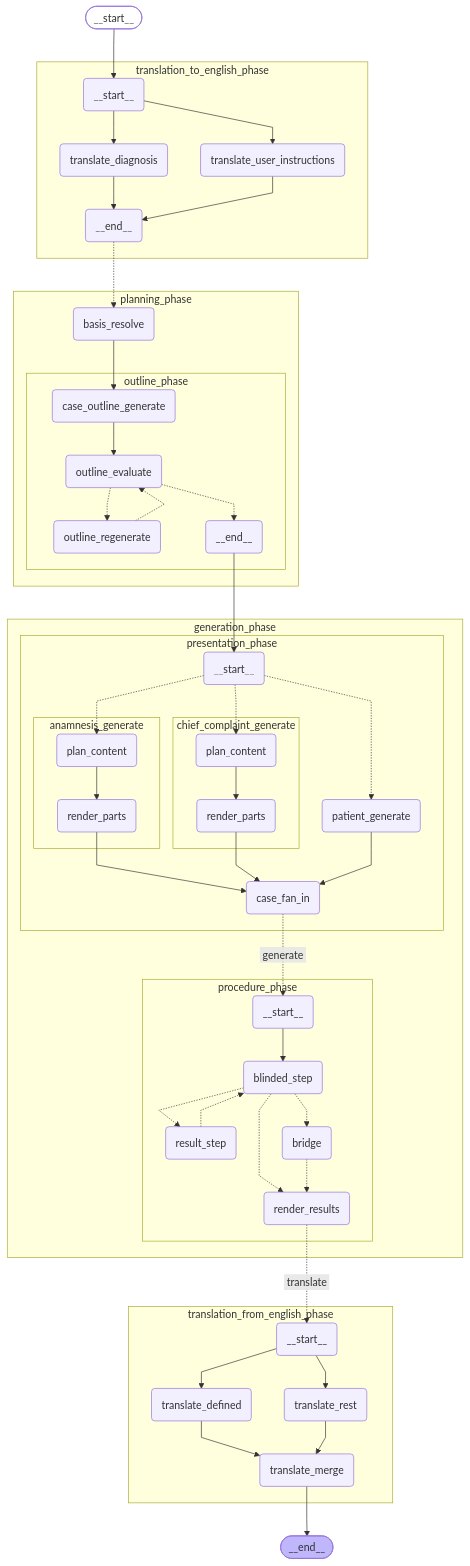
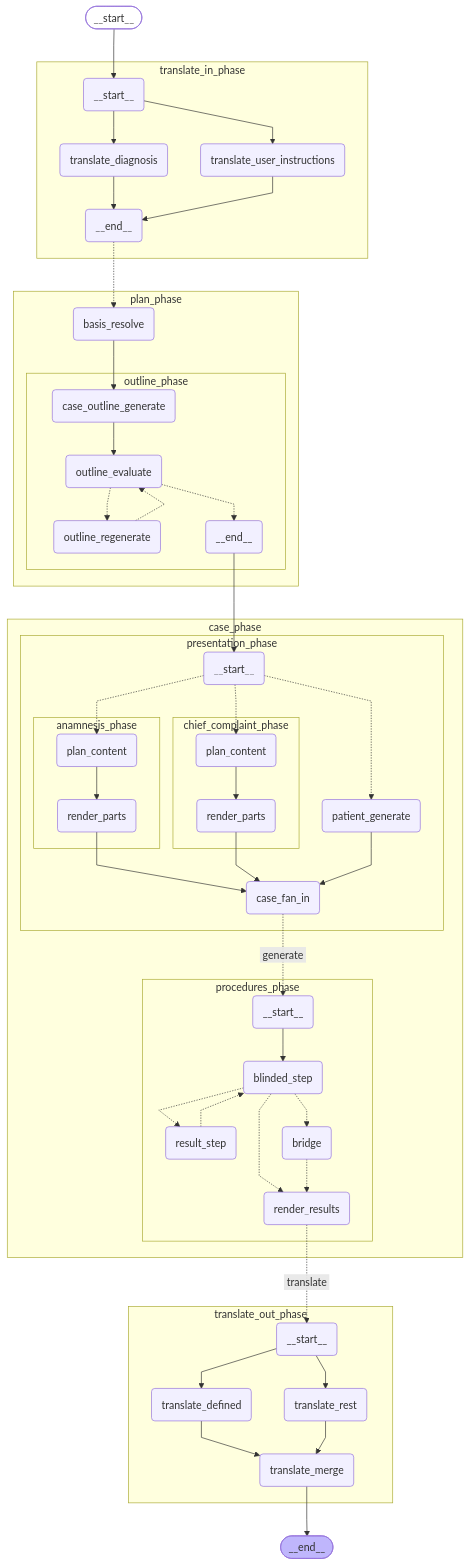
Before and after one commit to janthoXO/AetioMed: the diagram in docs/graphs/normal-mode.translation-sandwich.mmd, drawn with Mermaid. The commit also changed 34 other files, not shown here.

```diff
--- a/docs/graphs/normal-mode.translation-sandwich.mmd
+++ b/docs/graphs/normal-mode.translation-sandwich.mmd
@@ -1,83 +1,83 @@
 %%{init: {'flowchart': {'curve': 'linear'}}}%%
 graph TD;
 	__start__([<p>__start__</p>]):::first
-	translation_to_english_phase___start__(<p>__start__</p>)
-	translation_to_english_phase_translate_diagnosis(translate_diagnosis)
-	translation_to_english_phase_translate_user_instructions(translate_user_instructions)
-	translation_to_english_phase___end__(<p>__end__</p>)
-	planning_phase_basis_resolve(basis_resolve)
-	planning_phase_outline_phase_case_outline_generate(case_outline_generate)
-	planning_phase_outline_phase_outline_evaluate(outline_evaluate)
-	planning_phase_outline_phase_outline_regenerate(outline_regenerate)
-	planning_phase_outline_phase___end__(<p>__end__</p>)
-	generation_phase_presentation_phase___start__(<p>__start__</p>)
-	generation_phase_presentation_phase_patient_generate(patient_generate)
-	generation_phase_presentation_phase_chief_complaint_generate_plan_content(plan_content)
-	generation_phase_presentation_phase_chief_complaint_generate_render_parts(render_parts)
-	generation_phase_presentation_phase_anamnesis_generate_plan_content(plan_content)
-	generation_phase_presentation_phase_anamnesis_generate_render_parts(render_parts)
-	generation_phase_presentation_phase_case_fan_in(case_fan_in)
-	generation_phase_procedure_phase___start__(<p>__start__</p>)
-	generation_phase_procedure_phase_blinded_step(blinded_step)
-	generation_phase_procedure_phase_result_step(result_step)
-	generation_phase_procedure_phase_bridge(bridge)
-	generation_phase_procedure_phase_render_results(render_results)
-	translation_from_english_phase___start__(<p>__start__</p>)
-	translation_from_english_phase_translate_defined(translate_defined)
-	translation_from_english_phase_translate_rest(translate_rest)
-	translation_from_english_phase_translate_merge(translate_merge)
+	translate_in_phase___start__(<p>__start__</p>)
+	translate_in_phase_translate_diagnosis(translate_diagnosis)
+	translate_in_phase_translate_user_instructions(translate_user_instructions)
+	translate_in_phase___end__(<p>__end__</p>)
+	plan_phase_basis_resolve(basis_resolve)
+	plan_phase_outline_phase_case_outline_generate(case_outline_generate)
+	plan_phase_outline_phase_outline_evaluate(outline_evaluate)
+	plan_phase_outline_phase_outline_regenerate(outline_regenerate)
+	plan_phase_outline_phase___end__(<p>__end__</p>)
+	case_phase_presentation_phase___start__(<p>__start__</p>)
+	case_phase_presentation_phase_patient_generate(patient_generate)
+	case_phase_presentation_phase_chief_complaint_phase_plan_content(plan_content)
+	case_phase_presentation_phase_chief_complaint_phase_render_parts(render_parts)
+	case_phase_presentation_phase_anamnesis_phase_plan_content(plan_content)
+	case_phase_presentation_phase_anamnesis_phase_render_parts(render_parts)
+	case_phase_presentation_phase_case_fan_in(case_fan_in)
+	case_phase_procedures_phase___start__(<p>__start__</p>)
+	case_phase_procedures_phase_blinded_step(blinded_step)
+	case_phase_procedures_phase_result_step(result_step)
+	case_phase_procedures_phase_bridge(bridge)
+	case_phase_procedures_phase_render_results(render_results)
+	translate_out_phase___start__(<p>__start__</p>)
+	translate_out_phase_translate_defined(translate_defined)
+	translate_out_phase_translate_rest(translate_rest)
+	translate_out_phase_translate_merge(translate_merge)
 	__end__([<p>__end__</p>]):::last
-	translation_to_english_phase___end__ -.-> planning_phase_basis_resolve;
-	generation_phase_procedure_phase_render_results -. &nbsp;translate&nbsp; .-> translation_from_english_phase___start__;
-	__start__ --> translation_to_english_phase___start__;
-	translation_from_english_phase_translate_merge --> __end__;
-	planning_phase_outline_phase___end__ --> generation_phase_presentation_phase___start__;
-	subgraph translation_to_english_phase
-	translation_to_english_phase___start__ --> translation_to_english_phase_translate_diagnosis;
-	translation_to_english_phase___start__ --> translation_to_english_phase_translate_user_instructions;
-	translation_to_english_phase_translate_diagnosis --> translation_to_english_phase___end__;
-	translation_to_english_phase_translate_user_instructions --> translation_to_english_phase___end__;
+	translate_in_phase___end__ -.-> plan_phase_basis_resolve;
+	case_phase_procedures_phase_render_results -. &nbsp;translate&nbsp; .-> translate_out_phase___start__;
+	__start__ --> translate_in_phase___start__;
+	translate_out_phase_translate_merge --> __end__;
+	plan_phase_outline_phase___end__ --> case_phase_presentation_phase___start__;
+	subgraph translate_in_phase
+	translate_in_phase___start__ --> translate_in_phase_translate_diagnosis;
+	translate_in_phase___start__ --> translate_in_phase_translate_user_instructions;
+	translate_in_phase_translate_diagnosis --> translate_in_phase___end__;
+	translate_in_phase_translate_user_instructions --> translate_in_phase___end__;
 	end
-	subgraph planning_phase
+	subgraph plan_phase
 	subgraph outline_phase
-	planning_phase_outline_phase_case_outline_generate --> planning_phase_outline_phase_outline_evaluate;
-	planning_phase_outline_phase_outline_evaluate -.-> planning_phase_outline_phase_outline_regenerate;
-	planning_phase_outline_phase_outline_evaluate -.-> planning_phase_outline_phase___end__;
-	planning_phase_outline_phase_outline_regenerate -.-> planning_phase_outline_phase_outline_evaluate;
+	plan_phase_outline_phase_case_outline_generate --> plan_phase_outline_phase_outline_evaluate;
+	plan_phase_outline_phase_outline_evaluate -.-> plan_phase_outline_phase_outline_regenerate;
+	plan_phase_outline_phase_outline_evaluate -.-> plan_phase_outline_phase___end__;
+	plan_phase_outline_phase_outline_regenerate -.-> plan_phase_outline_phase_outline_evaluate;
 	end
-	planning_phase_basis_resolve --> planning_phase_outline_phase_case_outline_generate;
+	plan_phase_basis_resolve --> plan_phase_outline_phase_case_outline_generate;
 	end
-	subgraph generation_phase
+	subgraph case_phase
 	subgraph presentation_phase
-	subgraph chief_complaint_generate
-	generation_phase_presentation_phase_chief_complaint_generate_plan_content --> generation_phase_presentation_phase_chief_complaint_generate_render_parts;
+	subgraph chief_complaint_phase
+	case_phase_presentation_phase_chief_complaint_phase_plan_content --> case_phase_presentation_phase_chief_complaint_phase_render_parts;
 	end
-	subgraph anamnesis_generate
-	generation_phase_presentation_phase_anamnesis_generate_plan_content --> generation_phase_presentation_phase_anamnesis_generate_render_parts;
+	subgraph anamnesis_phase
+	case_phase_presentation_phase_anamnesis_phase_plan_content --> case_phase_presentation_phase_anamnesis_phase_render_parts;
 	end
-	generation_phase_presentation_phase_anamnesis_generate_render_parts --> generation_phase_presentation_phase_case_fan_in;
-	generation_phase_presentation_phase_chief_complaint_generate_render_parts --> generation_phase_presentation_phase_case_fan_in;
-	generation_phase_presentation_phase_patient_generate --> generation_phase_presentation_phase_case_fan_in;
-	generation_phase_presentation_phase___start__ -.-> generation_phase_presentation_phase_patient_generate;
-	generation_phase_presentation_phase___start__ -.-> generation_phase_presentation_phase_chief_complaint_generate_plan_content;
-	generation_phase_presentation_phase___start__ -.-> generation_phase_presentation_phase_anamnesis_generate_plan_content;
+	case_phase_presentation_phase_anamnesis_phase_render_parts --> case_phase_presentation_phase_case_fan_in;
+	case_phase_presentation_phase_chief_complaint_phase_render_parts --> case_phase_presentation_phase_case_fan_in;
+	case_phase_presentation_phase_patient_generate --> case_phase_presentation_phase_case_fan_in;
+	case_phase_presentation_phase___start__ -.-> case_phase_presentation_phase_patient_generate;
+	case_phase_presentation_phase___start__ -.-> case_phase_presentation_phase_chief_complaint_phase_plan_content;
+	case_phase_presentation_phase___start__ -.-> case_phase_presentation_phase_anamnesis_phase_plan_content;
 	end
-	subgraph procedure_phase
-	generation_phase_procedure_phase___start__ --> generation_phase_procedure_phase_blinded_step;
-	generation_phase_procedure_phase_blinded_step -.-> generation_phase_procedure_phase_result_step;
-	generation_phase_procedure_phase_blinded_step -.-> generation_phase_procedure_phase_bridge;
-	generation_phase_procedure_phase_blinded_step -.-> generation_phase_procedure_phase_render_results;
-	generation_phase_procedure_phase_result_step -.-> generation_phase_procedure_phase_blinded_step;
-	generation_phase_procedure_phase_bridge -.-> generation_phase_procedure_phase_render_results;
+	subgraph procedures_phase
+	case_phase_procedures_phase___start__ --> case_phase_procedures_phase_blinded_step;
+	case_phase_procedures_phase_blinded_step -.-> case_phase_procedures_phase_result_step;
+	case_phase_procedures_phase_blinded_step -.-> case_phase_procedures_phase_bridge;
+	case_phase_procedures_phase_blinded_step -.-> case_phase_procedures_phase_render_results;
+	case_phase_procedures_phase_result_step -.-> case_phase_procedures_phase_blinded_step;
+	case_phase_procedures_phase_bridge -.-> case_phase_procedures_phase_render_results;
 	end
-	generation_phase_presentation_phase_case_fan_in -. &nbsp;generate&nbsp; .-> generation_phase_procedure_phase___start__;
+	case_phase_presentation_phase_case_fan_in -. &nbsp;generate&nbsp; .-> case_phase_procedures_phase___start__;
 	end
-	subgraph translation_from_english_phase
-	translation_from_english_phase___start__ --> translation_from_english_phase_translate_defined;
-	translation_from_english_phase___start__ --> translation_from_english_phase_translate_rest;
-	translation_from_english_phase_translate_defined --> translation_from_english_phase_translate_merge;
-	translation_from_english_phase_translate_rest --> translation_from_english_phase_translate_merge;
+	subgraph translate_out_phase
+	translate_out_phase___start__ --> translate_out_phase_translate_defined;
+	translate_out_phase___start__ --> translate_out_phase_translate_rest;
+	translate_out_phase_translate_defined --> translate_out_phase_translate_merge;
+	translate_out_phase_translate_rest --> translate_out_phase_translate_merge;
 	end
 	classDef default fill:#f2f0ff,line-height:1.2;
 	classDef first fill-opacity:0;
 	classDef last fill:#bfb6fc;
```
